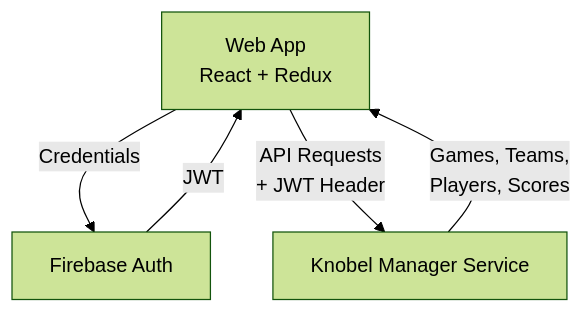
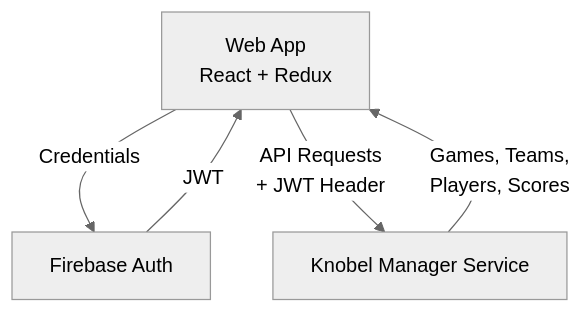
One commit to henok321/knobel-manager-app changed the diagram in README.md. Above: the diagram before and after it, drawn with Mermaid.

Commit message:
docs: use neutral diagram theme

````diff
--- a/README.md
+++ b/README.md
@@ -11,11 +11,11 @@
 ```mermaid
 ---
 config:
-    theme: forest
+    theme: neutral
 ---
 graph TD
     Web-App[Web App<br/>React + Redux] -->|Credentials| Auth[Firebase Auth]
     Auth -->|JWT| Web-App
     Web-App -->|API Requests<br/>+ JWT Header| Backend[Knobel Manager Service]
     Backend -->|Games, Teams,<br/>Players, Scores| Web-App
 ```
````
